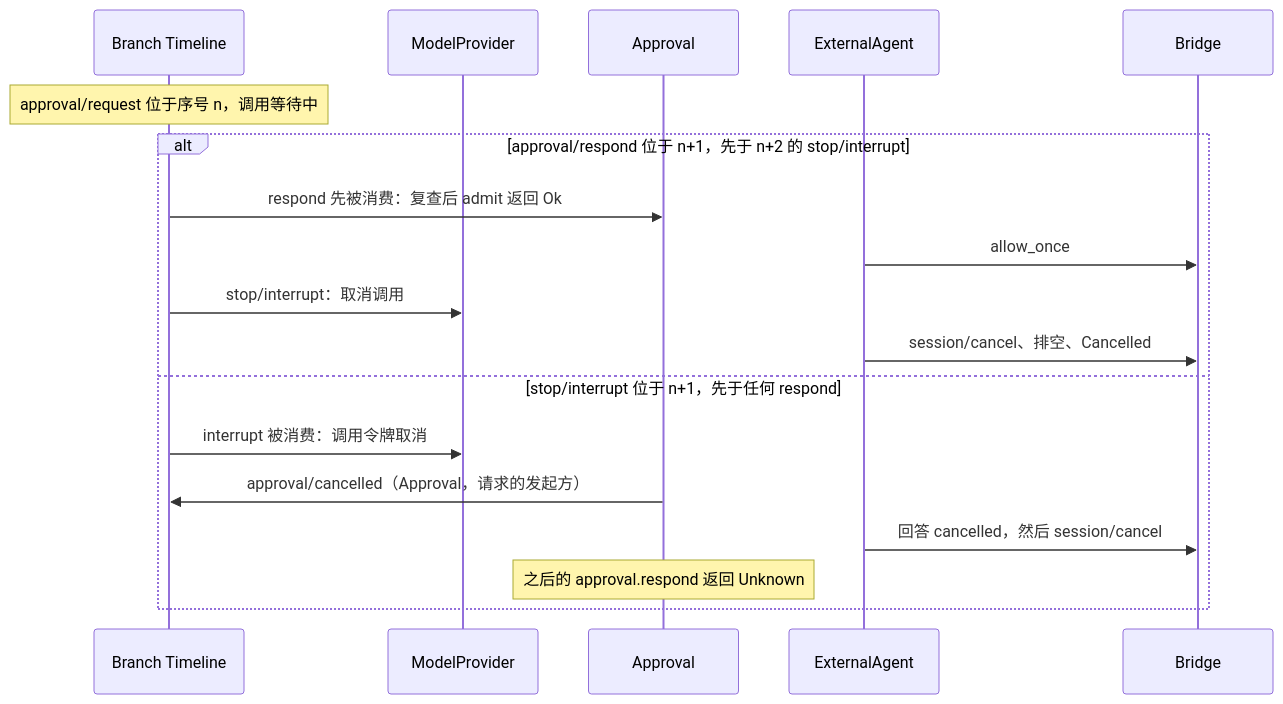
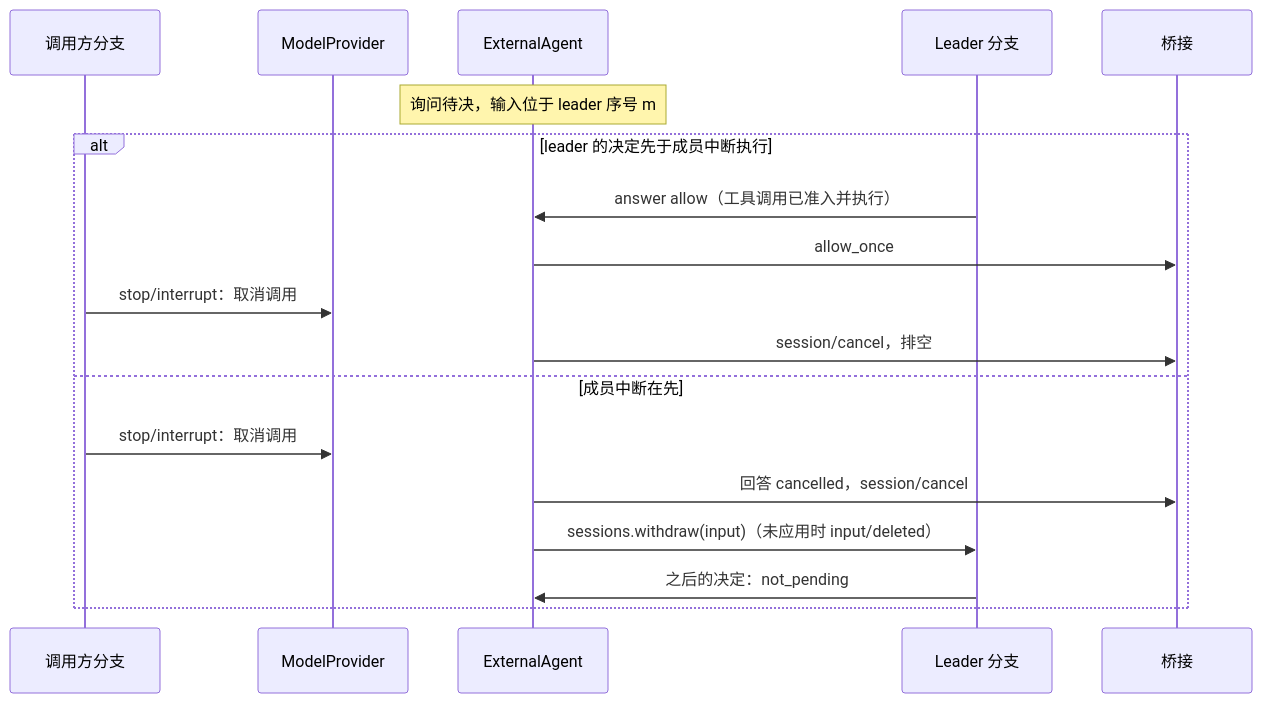
Before and after one commit to CoutinhoTTS/dim-agent: the fifth of 5 diagrams in docs/zh/design/plugins/ExternalAgent.md, drawn with Mermaid. The commit also changed other lines of this file and 4 other files, not shown here.

````diff
--- a/docs/zh/design/plugins/ExternalAgent.md
+++ b/docs/zh/design/plugins/ExternalAgent.md
@@ -160,20 +259,20 @@
 ```mermaid
 sequenceDiagram
-  participant TL as Branch Timeline
+  participant TL as 调用方分支
   participant MP as ModelProvider
-  participant AP as Approval
   participant EA as ExternalAgent
-  participant BR as Bridge
-  Note over TL: approval/request 位于序号 n，调用等待中
-  alt approval/respond 位于 n+1，先于 n+2 的 stop/interrupt
-    TL->>AP: respond 先被消费：复查后 admit 返回 Ok
+  participant LB as Leader 分支
+  participant BR as 桥接
+  Note over EA: 询问待决，输入位于 leader 序号 m
+  alt leader 的决定先于成员中断执行
+    LB->>EA: answer allow（工具调用已准入并执行）
     EA->>BR: allow_once
     TL->>MP: stop/interrupt：取消调用
-    EA->>BR: session/cancel、排空、Cancelled
-  else stop/interrupt 位于 n+1，先于任何 respond
-    TL->>MP: interrupt 被消费：调用令牌取消
-    AP->>TL: approval/cancelled（Approval，请求的发起方）
-    EA->>BR: 回答 cancelled，然后 session/cancel
-    Note over AP: 之后的 approval.respond 返回 Unknown
+    EA->>BR: session/cancel，排空
+  else 成员中断在先
+    TL->>MP: stop/interrupt：取消调用
+    EA->>BR: 回答 cancelled，session/cancel
+    EA->>LB: sessions.withdraw(input)（未应用时 input/deleted）
+    LB->>EA: 之后的决定：not_pending
   end
 ```
````
